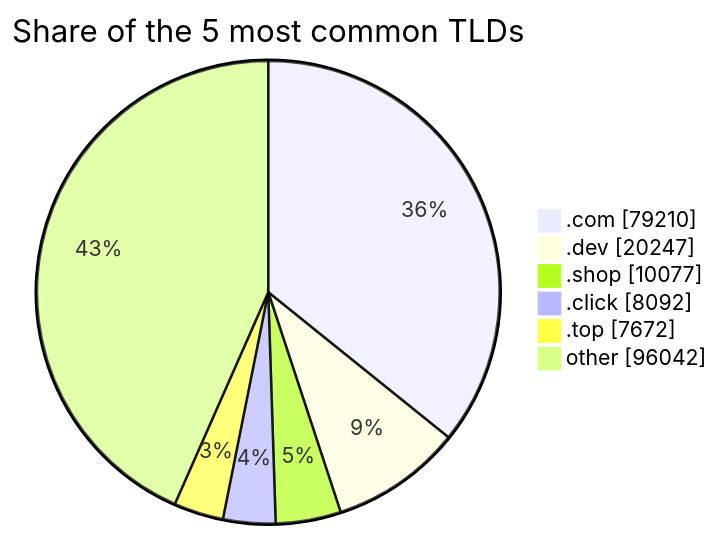
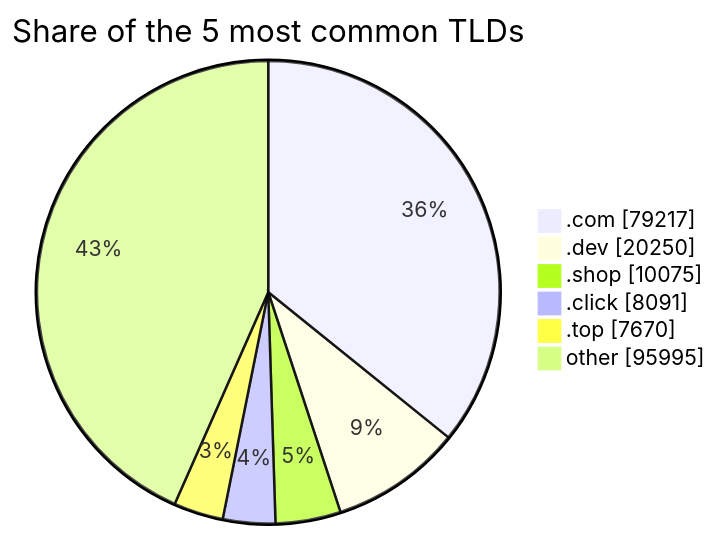
One commit to DNSBunker/CTI changed the third of 3 diagrams in README.md. Above: the diagram before and after it, drawn with Mermaid. The commit also changed other lines of this file and 3 other files, not shown here.

````diff
--- a/README.md
+++ b/README.md
@@ -81,9 +81,9 @@
 ```mermaid
 pie showData title Share of the 5 most common TLDs
-    ".com" : 79210
-    ".dev" : 20247
-    ".shop" : 10077
-    ".click" : 8092
-    ".top" : 7672
-    "other" : 96042
+    ".com" : 79217
+    ".dev" : 20250
+    ".shop" : 10075
+    ".click" : 8091
+    ".top" : 7670
+    "other" : 95995
 ```
````
